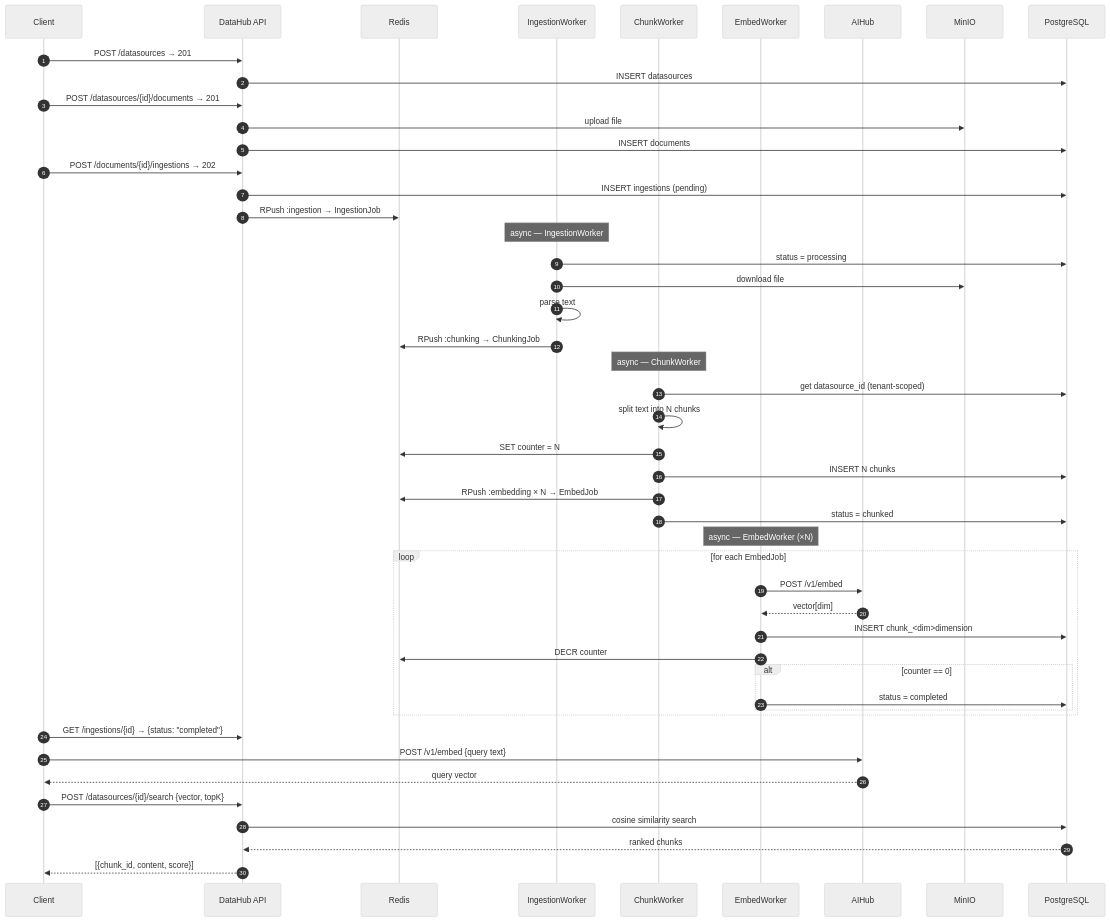
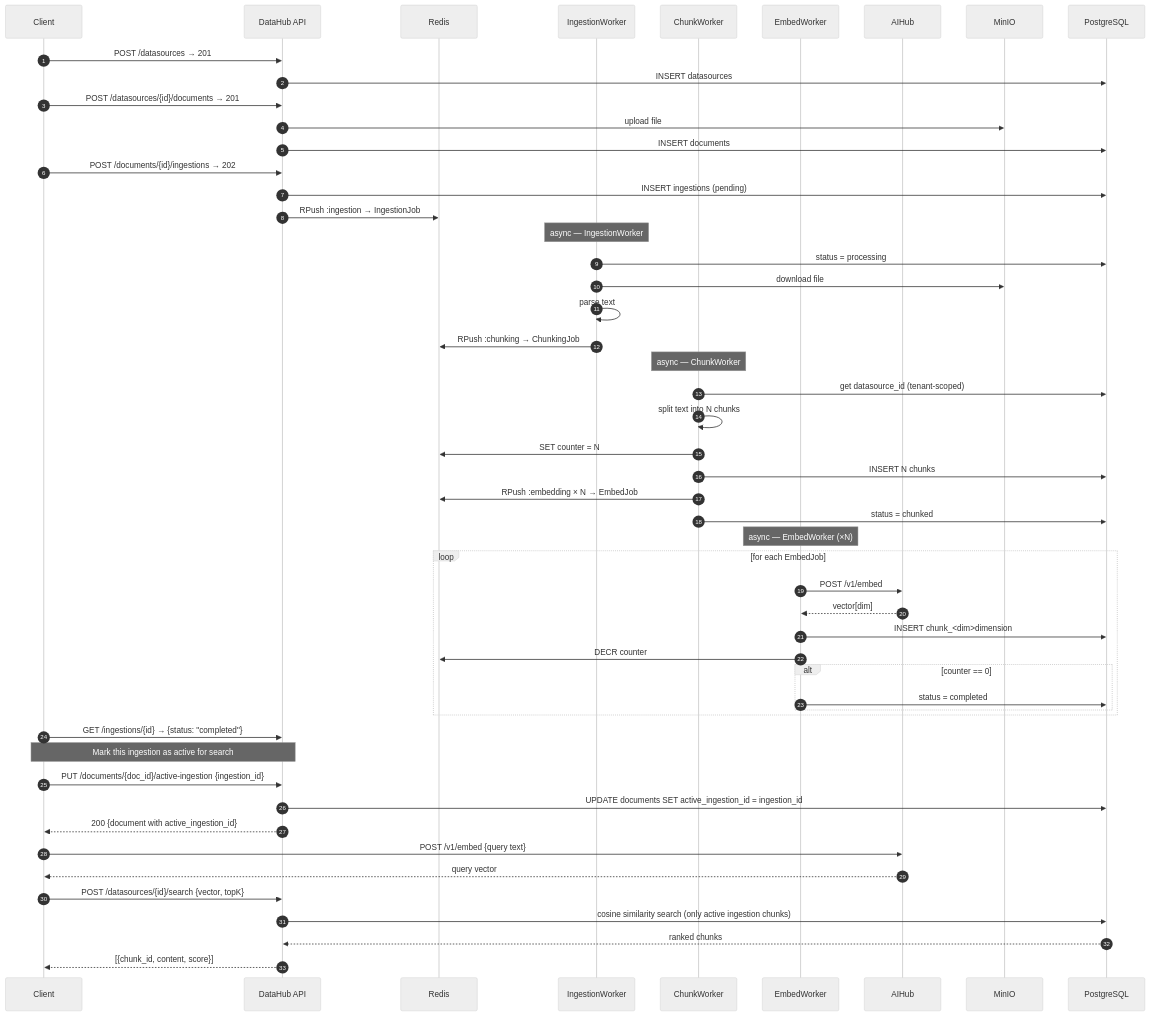
The tenth of 12 diagrams in docs/architecture/datahub/sequence.md (Andrew-Bu1/Agent-Platform), drawn with Mermaid (neutral theme) before and after one commit. The commit also changed other lines of this file and 6 other files, not shown here.

````diff
--- a/docs/architecture/datahub/sequence.md
+++ b/docs/architecture/datahub/sequence.md
@@ -432,58 +473,63 @@
 ```mermaid
 sequenceDiagram
     autonumber
     participant C as Client
     participant DH as DataHub API
     participant Redis as Redis
     participant IW as IngestionWorker
     participant CW as ChunkWorker
     participant EW as EmbedWorker
     participant AIHub as AIHub
     participant Minio as MinIO
     participant DB as PostgreSQL
 
     C->>DH: POST /datasources → 201
     DH->>DB: INSERT datasources
 
     C->>DH: POST /datasources/{id}/documents → 201
     DH->>Minio: upload file
     DH->>DB: INSERT documents
 
     C->>DH: POST /documents/{id}/ingestions → 202
     DH->>DB: INSERT ingestions (pending)
     DH->>Redis: RPush :ingestion → IngestionJob
 
     Note over IW: async — IngestionWorker
     IW->>DB: status = processing
     IW->>Minio: download file
     IW->>IW: parse text
     IW->>Redis: RPush :chunking → ChunkingJob
 
     Note over CW: async — ChunkWorker
     CW->>DB: get datasource_id (tenant-scoped)
     CW->>CW: split text into N chunks
     CW->>Redis: SET counter = N
     CW->>DB: INSERT N chunks
     CW->>Redis: RPush :embedding × N → EmbedJob
     CW->>DB: status = chunked
 
     Note over EW: async — EmbedWorker (×N)
     loop for each EmbedJob
         EW->>AIHub: POST /v1/embed
         AIHub-->>EW: vector[dim]
         EW->>DB: INSERT chunk_<dim>dimension
         EW->>Redis: DECR counter
         alt counter == 0
             EW->>DB: status = completed
         end
     end
 
     C->>DH: GET /ingestions/{id} → {status: "completed"}
 
+    Note over C,DH: Mark this ingestion as active for search
+    C->>DH: PUT /documents/{doc_id}/active-ingestion {ingestion_id}
+    DH->>DB: UPDATE documents SET active_ingestion_id = ingestion_id
+    DH-->>C: 200 {document with active_ingestion_id}
+
     C->>AIHub: POST /v1/embed {query text}
     AIHub-->>C: query vector
     C->>DH: POST /datasources/{id}/search {vector, topK}
-    DH->>DB: cosine similarity search
+    DH->>DB: cosine similarity search (only active ingestion chunks)
     DB-->>DH: ranked chunks
     DH-->>C: [{chunk_id, content, score}]
 ```
````
